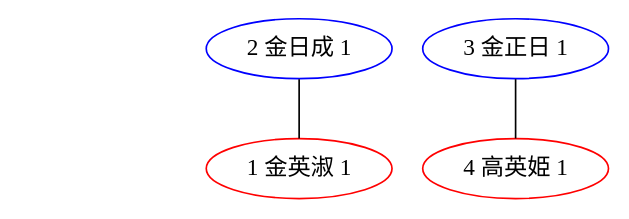
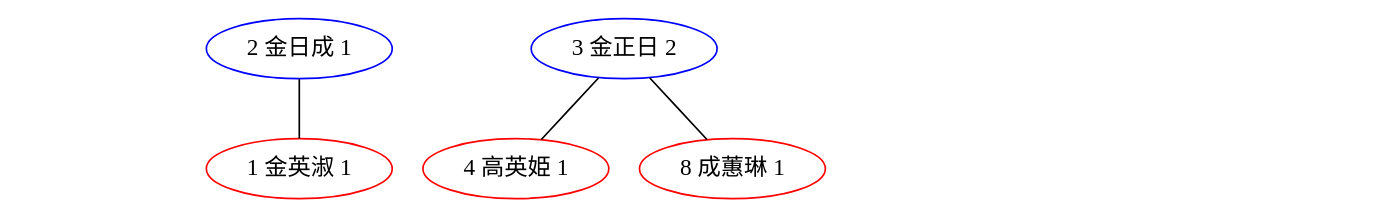
Before and after one commit to MrFive5555/zokufu: the diagram in dot/mate.dot, drawn with Graphviz. The commit also changed 17 other files, not shown here.

```diff
--- a/dot/mate.dot
+++ b/dot/mate.dot
@@ -1,9 +1,14 @@
 graph G {
 0[label="0 root 0",color=red,style=invis];
 1[label="1 金英淑 1",color=red,style=solid];
 2[label="2 金日成 1",color=blue,style=solid];
-3[label="3 金正日 1",color=blue,style=solid];
+3[label="3 金正日 2",color=blue,style=solid];
 4[label="4 高英姫 1",color=red,style=solid];
+5[label="5 金正恩 0",color=blue,style=invis];
+6[label="6 李雪主 0",color=red,style=invis];
+7[label="7 金主爱 0",color=red,style=invis];
+8[label="8 成蕙琳 1",color=red,style=solid];
 2--1 ;
 3--4 ;
+3--8 ;
 }
```
